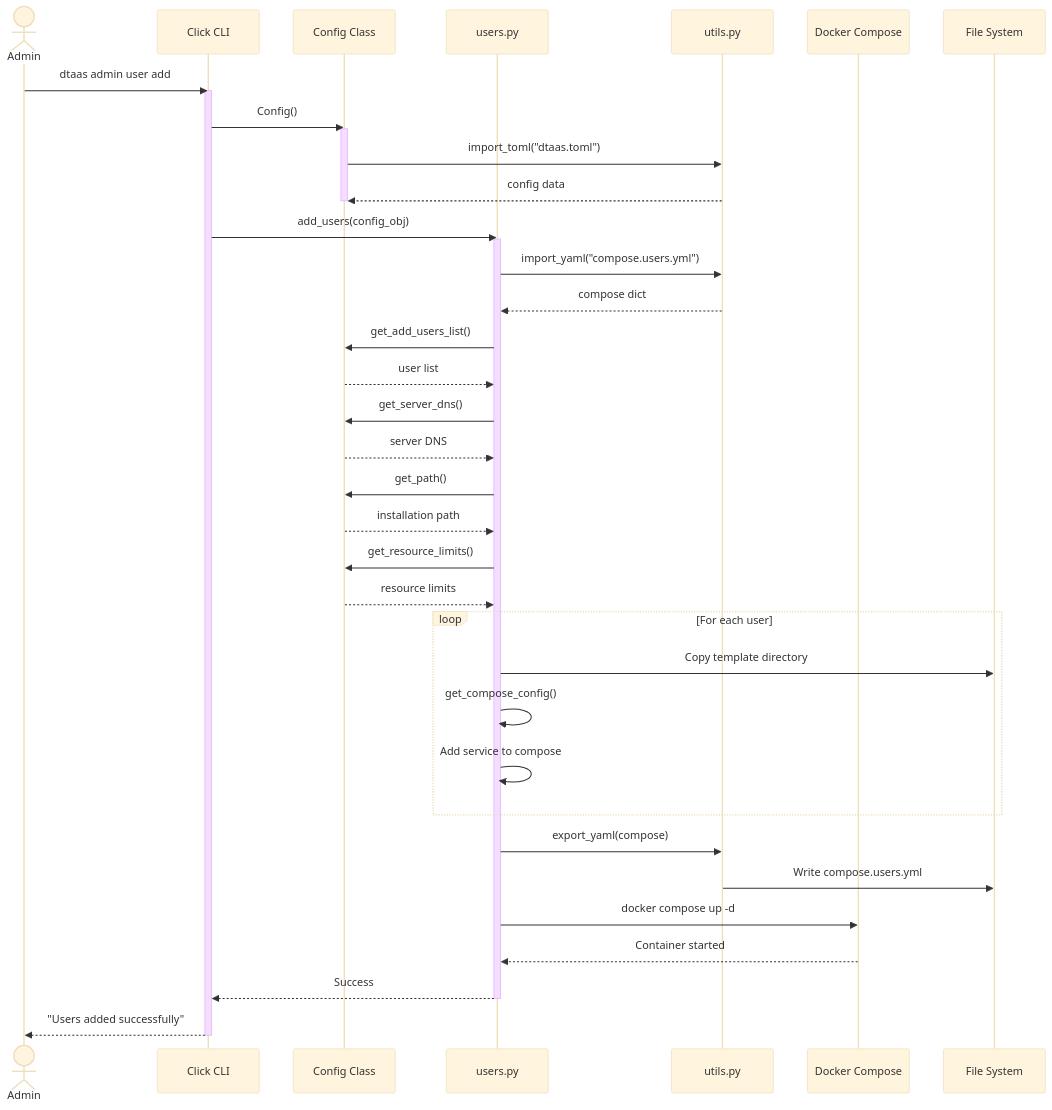
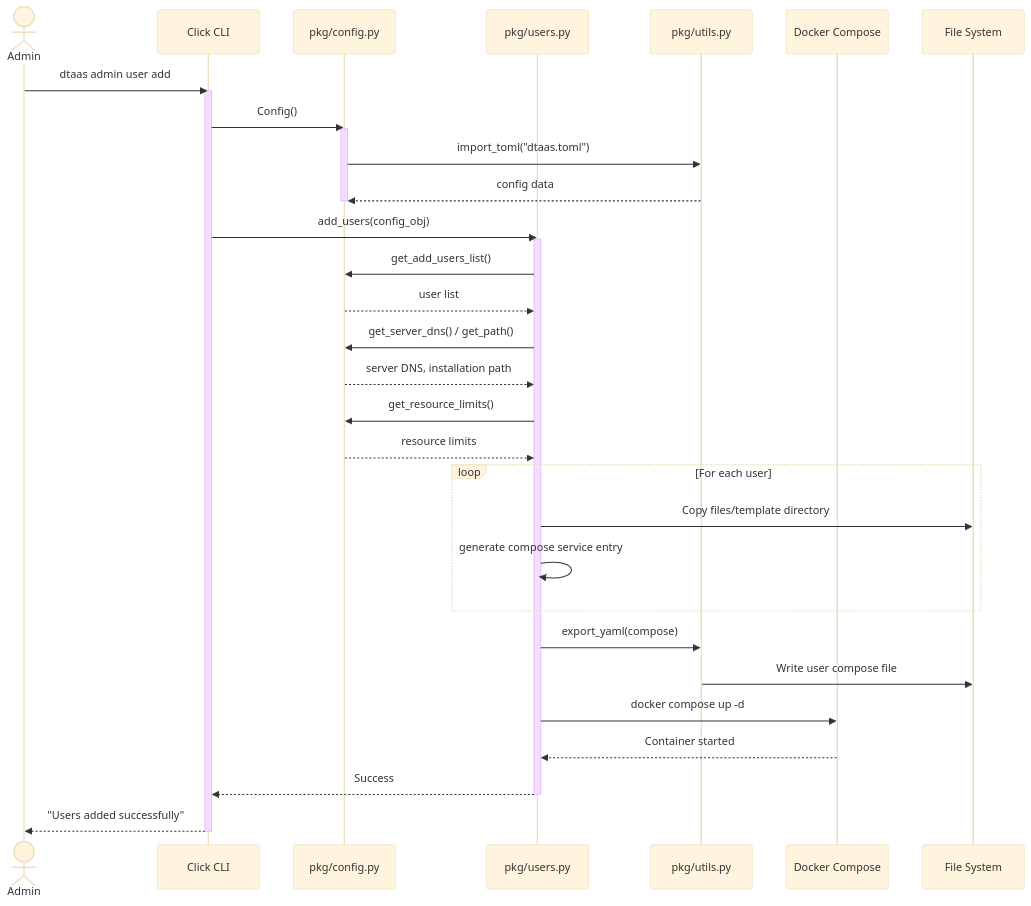
Before and after one commit to atomicgamedeveloper/DTaaS: the diagram in docs/developer/codebase/cli.md, drawn with Mermaid (base theme). The commit also changed other lines of this file and 17 other files, not shown here.

First line of the commit message:
Adds system architecture review docs (#1702)

````diff
--- a/docs/developer/codebase/cli.md
+++ b/docs/developer/codebase/cli.md
@@ -140,55 +103,48 @@
 ```mermaid
 sequenceDiagram
     actor Admin
     participant CLI as Click CLI
-    participant Config as Config Class
-    participant Users as users.py
-    participant Utils as utils.py
+    participant Config as pkg/config.py
+    participant Users as pkg/users.py
+    participant Utils as pkg/utils.py
     participant Docker as Docker Compose
     participant FS as File System
 
     Admin ->> CLI: dtaas admin user add
     activate CLI
 
     CLI ->> Config: Config()
     activate Config
     Config ->> Utils: import_toml("dtaas.toml")
     Utils -->> Config: config data
     deactivate Config
 
     CLI ->> Users: add_users(config_obj)
     activate Users
 
-    Users ->> Utils: import_yaml("compose.users.yml")
-    Utils -->> Users: compose dict
-
     Users ->> Config: get_add_users_list()
     Config -->> Users: user list
 
-    Users ->> Config: get_server_dns()
-    Config -->> Users: server DNS
-
-    Users ->> Config: get_path()
-    Config -->> Users: installation path
+    Users ->> Config: get_server_dns() / get_path()
+    Config -->> Users: server DNS, installation path
 
     Users ->> Config: get_resource_limits()
     Config -->> Users: resource limits
 
     loop For each user
-        Users ->> FS: Copy template directory
-        Users ->> Users: get_compose_config()
-        Users ->> Users: Add service to compose
+        Users ->> FS: Copy files/template directory
+        Users ->> Users: generate compose service entry
     end
 
     Users ->> Utils: export_yaml(compose)
-    Utils ->> FS: Write compose.users.yml
+    Utils ->> FS: Write user compose file
 
     Users ->> Docker: docker compose up -d
     Docker -->> Users: Container started
 
     Users -->> CLI: Success
     deactivate Users
 
     CLI -->> Admin: "Users added successfully"
     deactivate CLI
 ```
````
